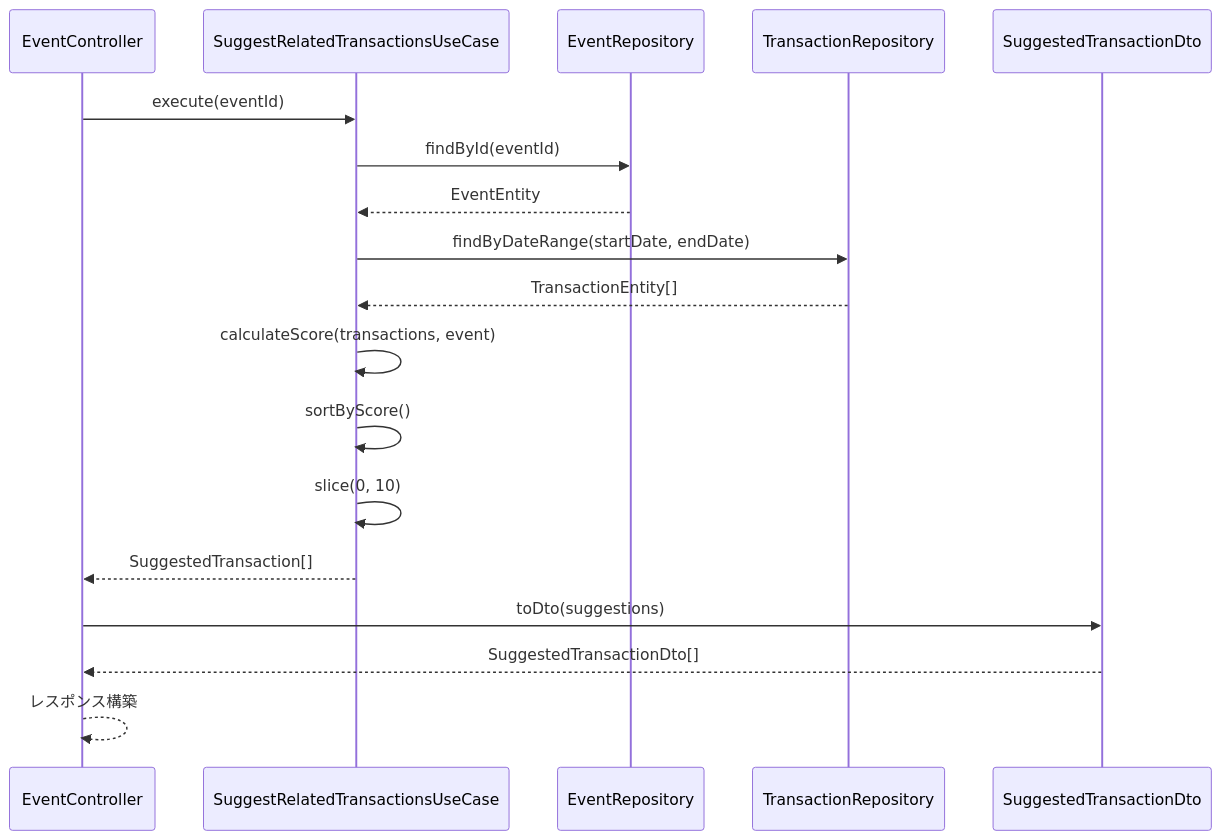
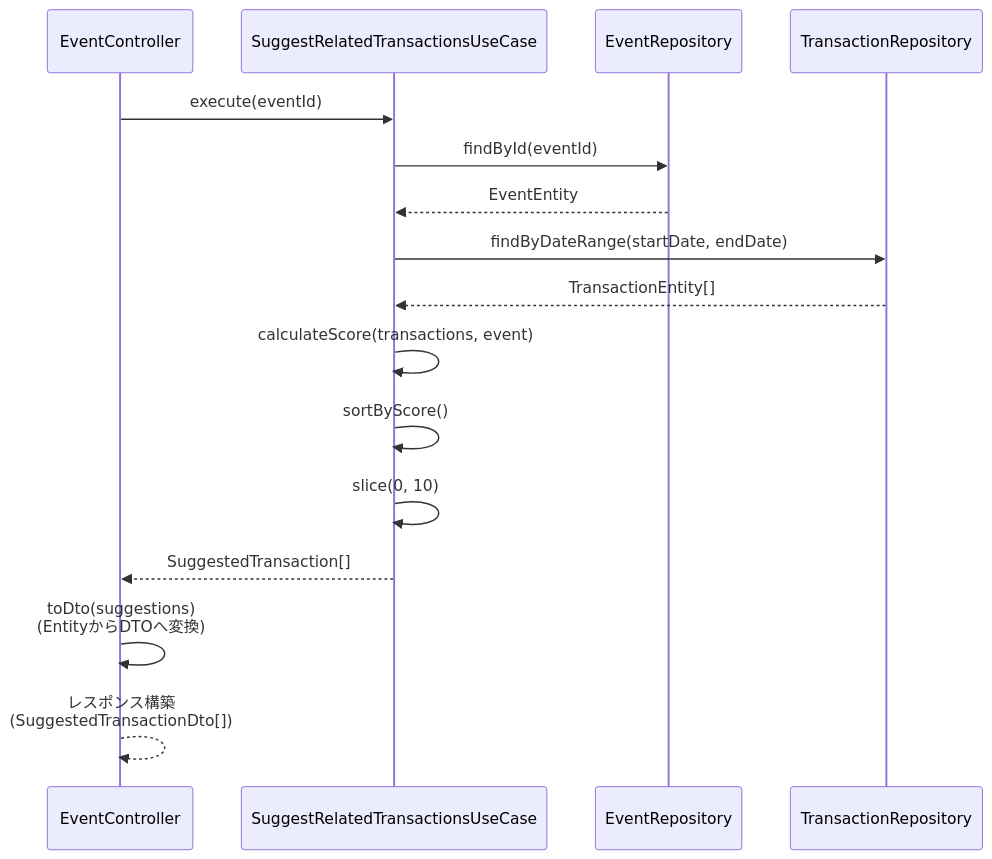
Before and after one commit to kencom2400/account-book: the sixth of 6 diagrams in docs/detailed-design/FR-022_event-transaction-link/class-diagrams.md, drawn with Mermaid. The commit also changed other lines of this file and 4 other files, not shown here.

````diff
--- a/docs/detailed-design/FR-022_event-transaction-link/class-diagrams.md
+++ b/docs/detailed-design/FR-022_event-transaction-link/class-diagrams.md
@@ -377,21 +377,19 @@
 ```mermaid
 sequenceDiagram
     participant C as EventController
     participant UC as SuggestRelatedTransactionsUseCase
     participant ER as EventRepository
     participant TR as TransactionRepository
-    participant DTO as SuggestedTransactionDto
 
     C->>UC: execute(eventId)
     UC->>ER: findById(eventId)
     ER-->>UC: EventEntity
     UC->>TR: findByDateRange(startDate, endDate)
     TR-->>UC: TransactionEntity[]
     UC->>UC: calculateScore(transactions, event)
     UC->>UC: sortByScore()
     UC->>UC: slice(0, 10)
     UC-->>C: SuggestedTransaction[]
-    C->>DTO: toDto(suggestions)
-    DTO-->>C: SuggestedTransactionDto[]
-    C-->>C: レスポンス構築
+    C->>C: toDto(suggestions)<br/>(EntityからDTOへ変換)
+    C-->>C: レスポンス構築<br/>(SuggestedTransactionDto[])
 ```
````
